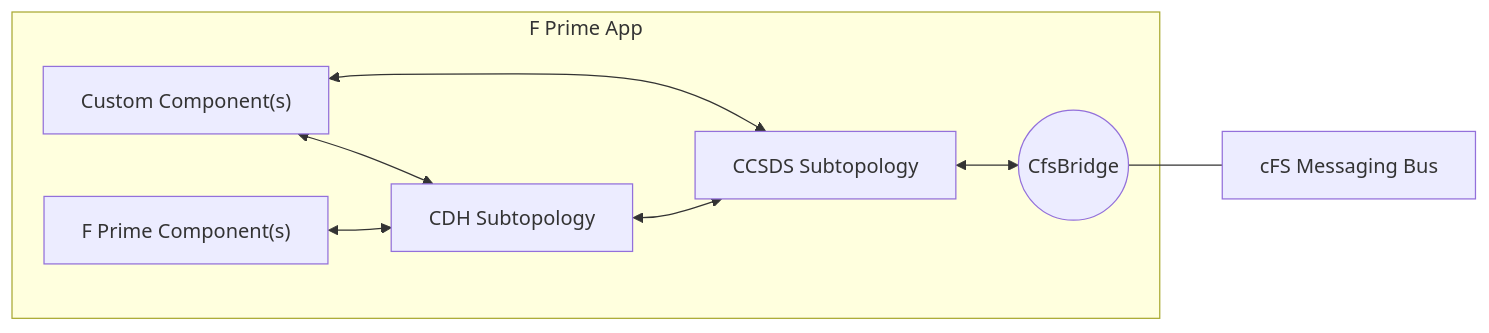
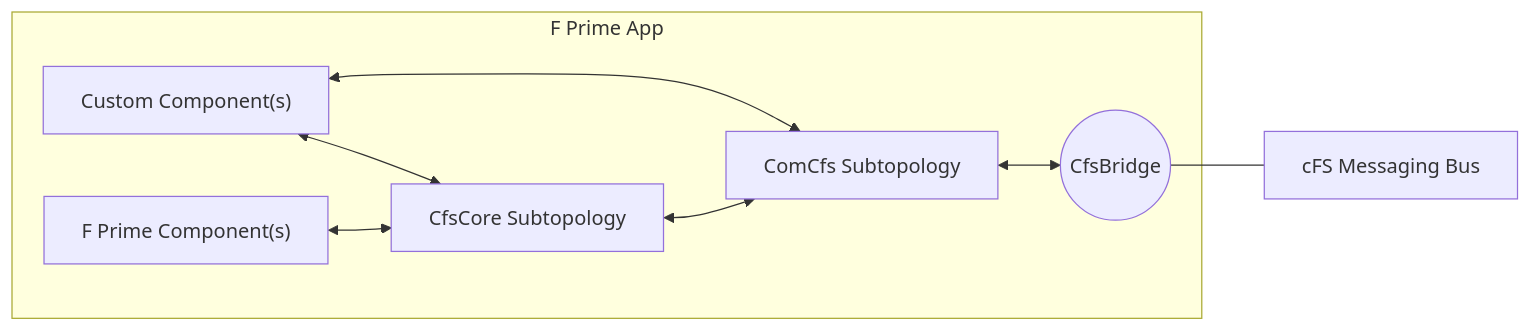
Before and after one commit to JPL-Devin/fprime_cfs: the second of 2 diagrams in README.md, drawn with Mermaid. The commit also changed other lines of this file and 44 other files, not shown here.

First line of the commit message:
Add ComCfs and CfsCore subtopologies boxing the cFS communications and core CDH stacks (#20)

````diff
--- a/README.md
+++ b/README.md
@@ -21,11 +21,11 @@
 ```mermaid
 flowchart LR
     subgraph fprime["F Prime App"]
-        custom["Custom Component(s)"] <--> ccsds["CCSDS Subtopology"]
-        cdh["CDH Subtopology"] <--> ccsds
+        custom["Custom Component(s)"] <--> ccsds["ComCfs Subtopology"]
+        cdh["CfsCore Subtopology"] <--> ccsds
         fpcomp["F Prime Component(s)"] <--> cdh
         custom <--> cdh
         ccsds <--> cfs((CfsBridge))
     end
     cfs --- Bus[cFS Messaging Bus]
 ```
````
